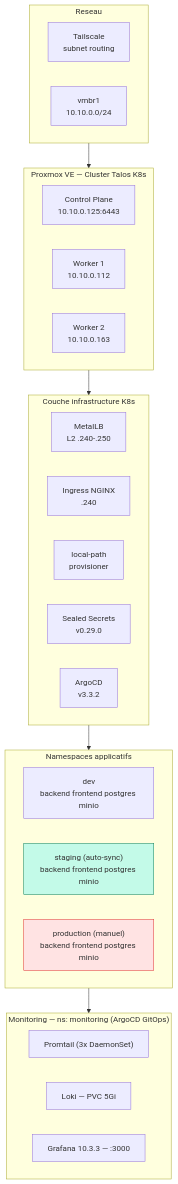
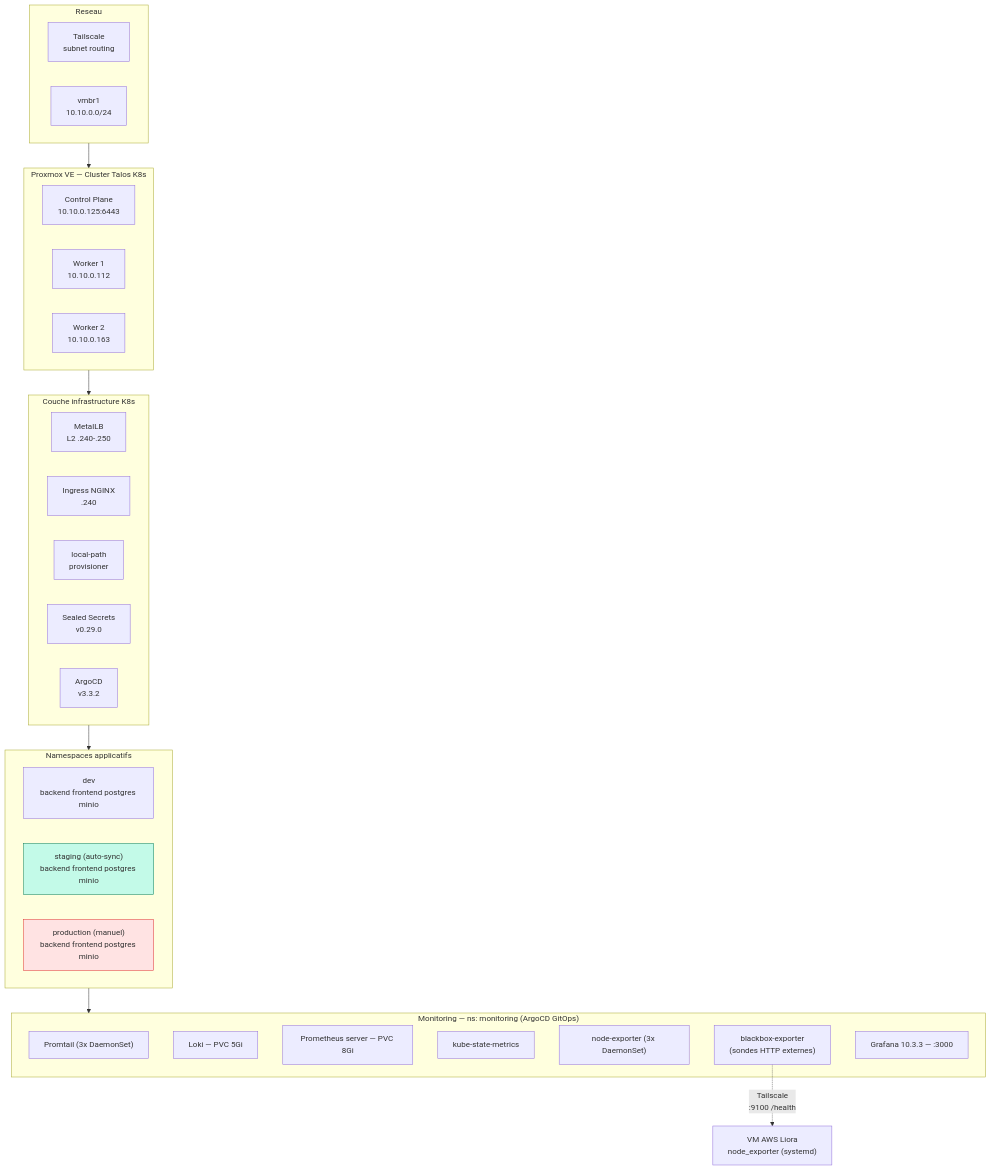
One commit to tawounfouet/rncp_crypto-bot-infra changed the third of 3 diagrams in docs/ARCHITECTURE.md. Above: the diagram before and after it, drawn with Mermaid. The commit also changed other lines of this file and 2 other files, not shown here.

First line of the commit message:
docs: documenter le monitoring 5 environnements + node_exporter VM + app-of-apps

````diff
--- a/docs/ARCHITECTURE.md
+++ b/docs/ARCHITECTURE.md
@@ -253,40 +253,45 @@
 ```mermaid
 flowchart TB
     subgraph NET["Reseau"]
         TS["Tailscale\nsubnet routing"]
         BR["vmbr1\n10.10.0.0/24"]
     end
 
     subgraph PROXMOX["Proxmox VE — Cluster Talos K8s"]
         CP["Control Plane\n10.10.0.125:6443"]
         W1["Worker 1\n10.10.0.112"]
         W2["Worker 2\n10.10.0.163"]
     end
     NET --> PROXMOX
 
     subgraph K8SINFRA["Couche infrastructure K8s"]
         MLB["MetalLB\nL2 .240-.250"]
         NGINX["Ingress NGINX\n.240"]
         LPP["local-path\nprovisioner"]
         SS["Sealed Secrets\nv0.29.0"]
         ARGO["ArgoCD\nv3.3.2"]
     end
     PROXMOX --> K8SINFRA
 
     subgraph NAMESPACES["Namespaces applicatifs"]
         DEVNS["dev\nbackend frontend postgres minio"]
         STGNS["staging (auto-sync)\nbackend frontend postgres minio"]
         PRODNS["production (manuel)\nbackend frontend postgres minio"]
     end
     K8SINFRA --> NAMESPACES
 
     subgraph MON["Monitoring — ns: monitoring (ArgoCD GitOps)"]
         PROM["Promtail (3x DaemonSet)"]
         LOKI["Loki — PVC 5Gi"]
+        PROMETHEUS["Prometheus server — PVC 8Gi"]
+        KSM["kube-state-metrics"]
+        NODEEXP["node-exporter (3x DaemonSet)"]
+        BB["blackbox-exporter\n(sondes HTTP externes)"]
         GRAF["Grafana 10.3.3 — :3000"]
     end
     NAMESPACES --> MON
+    BB -.->|"Tailscale\n:9100 /health"| VMAWS2["VM AWS Liora\nnode_exporter (systemd)"]
 
     style STGNS fill:#c3fae8,stroke:#087f5b
     style PRODNS fill:#ffe3e3,stroke:#e03131
 ```
````
